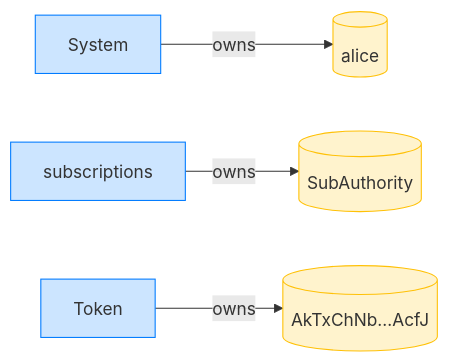
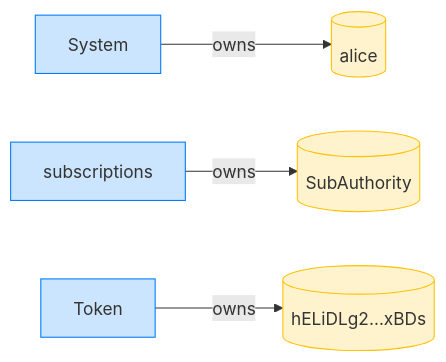
The fourth of 8 diagrams in dsl_tests/transfer-subscription--a-non-whitelisted-destination-is-refused.md (cds-rs/subscriptions), drawn with Mermaid before and after one commit. The commit also changed other lines of this file and 224 other files, not shown here.

````diff
--- a/dsl_tests/transfer-subscription--a-non-whitelisted-destination-is-refused.md
+++ b/dsl_tests/transfer-subscription--a-non-whitelisted-destination-is-refused.md
@@ -73,14 +78,14 @@
 ```mermaid
 flowchart LR
     classDef owner fill:#cce5ff,stroke:#007bff;
     classDef account fill:#fff3cd,stroke:#ffc107;
     System[System]:::owner
     alice[(alice)]:::account
     subscriptions[subscriptions]:::owner
     SubAuthority[(SubAuthority)]:::account
     Token[Token]:::owner
-    AkTxChNb_AcfJ[("AkTxChNb…AcfJ")]:::account
+    hELiDLg2_xBDs[("hELiDLg2…xBDs")]:::account
     System -->|owns| alice
     subscriptions -->|owns| SubAuthority
-    Token -->|owns| AkTxChNb_AcfJ
+    Token -->|owns| hELiDLg2_xBDs
 ```
````
